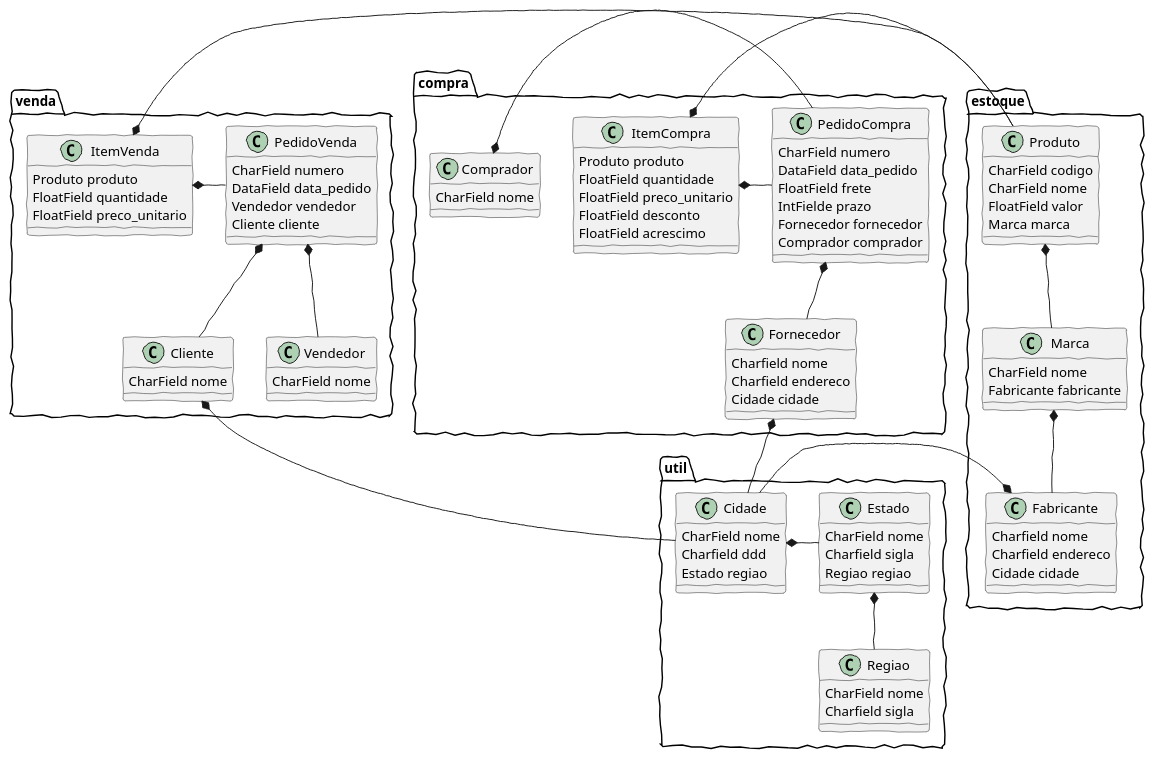
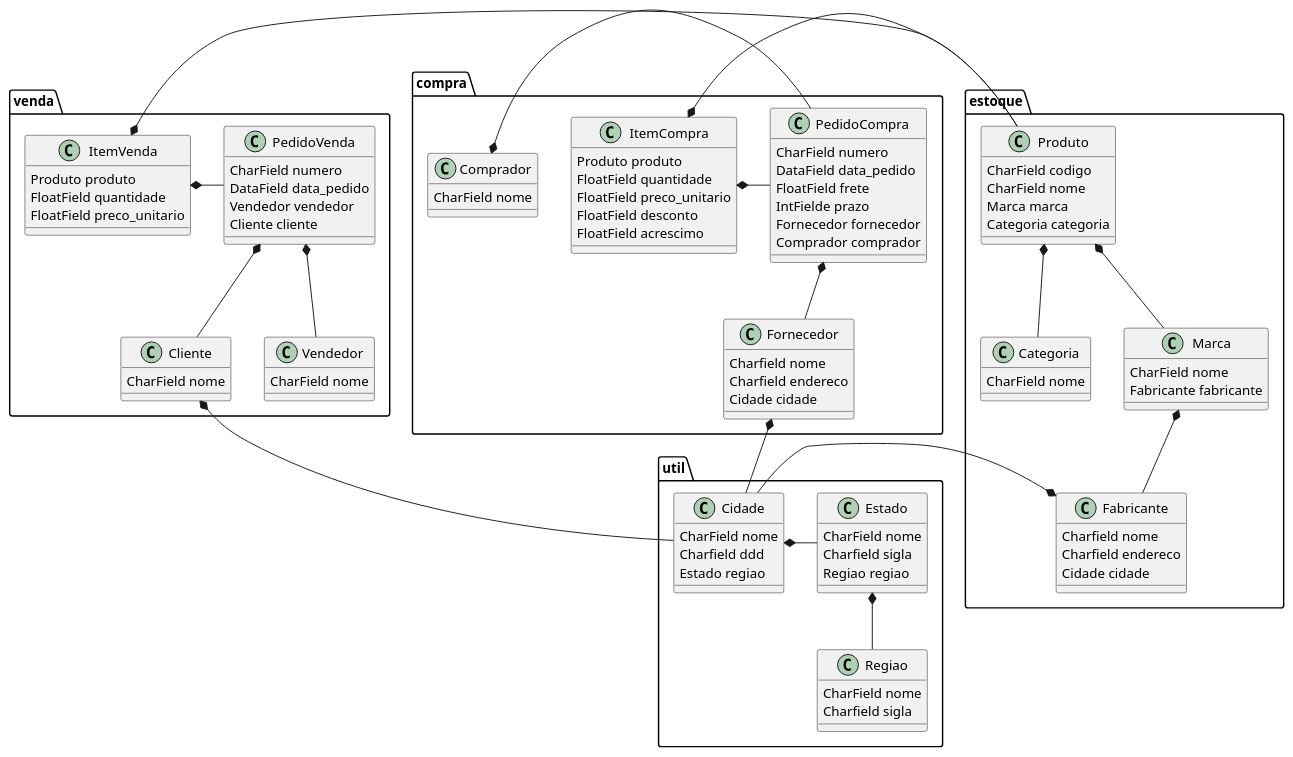
Before and after one commit to ivaneyvieira/erp: the diagram in modelo.plantuml, drawn with PlantUML. The commit also changed 18 other files, not shown here.

```diff
--- a/modelo.plantuml
+++ b/modelo.plantuml
@@ -1,112 +1,115 @@
 @startuml
-skinparam handwritten true
 package util {
     class Regiao {
         CharField nome
         Charfield sigla
     }
 
     class Estado {
         CharField nome
         Charfield sigla
         Regiao regiao
     }
 
     class Cidade {
         CharField nome
         Charfield ddd
         Estado regiao
     }
 
     Estado  *-- Regiao
     Cidade  *- Estado 
 }
 
 package estoque {
+    class Categoria {
+        CharField nome
+    }
     class Produto{
         CharField codigo
         CharField nome
-        FloatField valor
         Marca marca
+        Categoria categoria
     }
 
     class Marca{
         CharField nome
         Fabricante fabricante
     }
 
     class Fabricante{
         Charfield nome
         Charfield endereco
         Cidade cidade
     }
     
     Produto *-- Marca  
+    Produto *-- Categoria  
     Marca *-- Fabricante
     Fabricante *- Cidade
 }
 
 package compra {
     class PedidoCompra{
         CharField numero
         DataField data_pedido
         FloatField frete
         IntFielde prazo
         Fornecedor fornecedor
         Comprador comprador 
     }
 
     class ItemCompra{
         Produto produto
         FloatField quantidade
         FloatField preco_unitario
         FloatField desconto
         FloatField acrescimo
     }
 
     class Fornecedor{
         Charfield nome
         Charfield endereco
         Cidade cidade        
     }
 
     class Comprador{
         CharField nome
     }
 
     ItemCompra *- PedidoCompra
     ItemCompra *- Produto
     PedidoCompra *-- Fornecedor
     Fornecedor *-- Cidade
     Comprador *- PedidoCompra
 }
 
 package venda {
     class PedidoVenda{
         CharField numero
         DataField data_pedido
         Vendedor vendedor
         Cliente cliente
     }
 
     class ItemVenda{
         Produto produto
         FloatField quantidade
         FloatField preco_unitario
     }
 
     class Cliente{
         CharField nome
     }
 
     class Vendedor{
         CharField nome
     }
 
     ItemVenda *- PedidoVenda
     ItemVenda *- Produto
     PedidoVenda *-- Cliente
     PedidoVenda *-- Vendedor
     Cliente *- Cidade
 }
 @enduml
```
